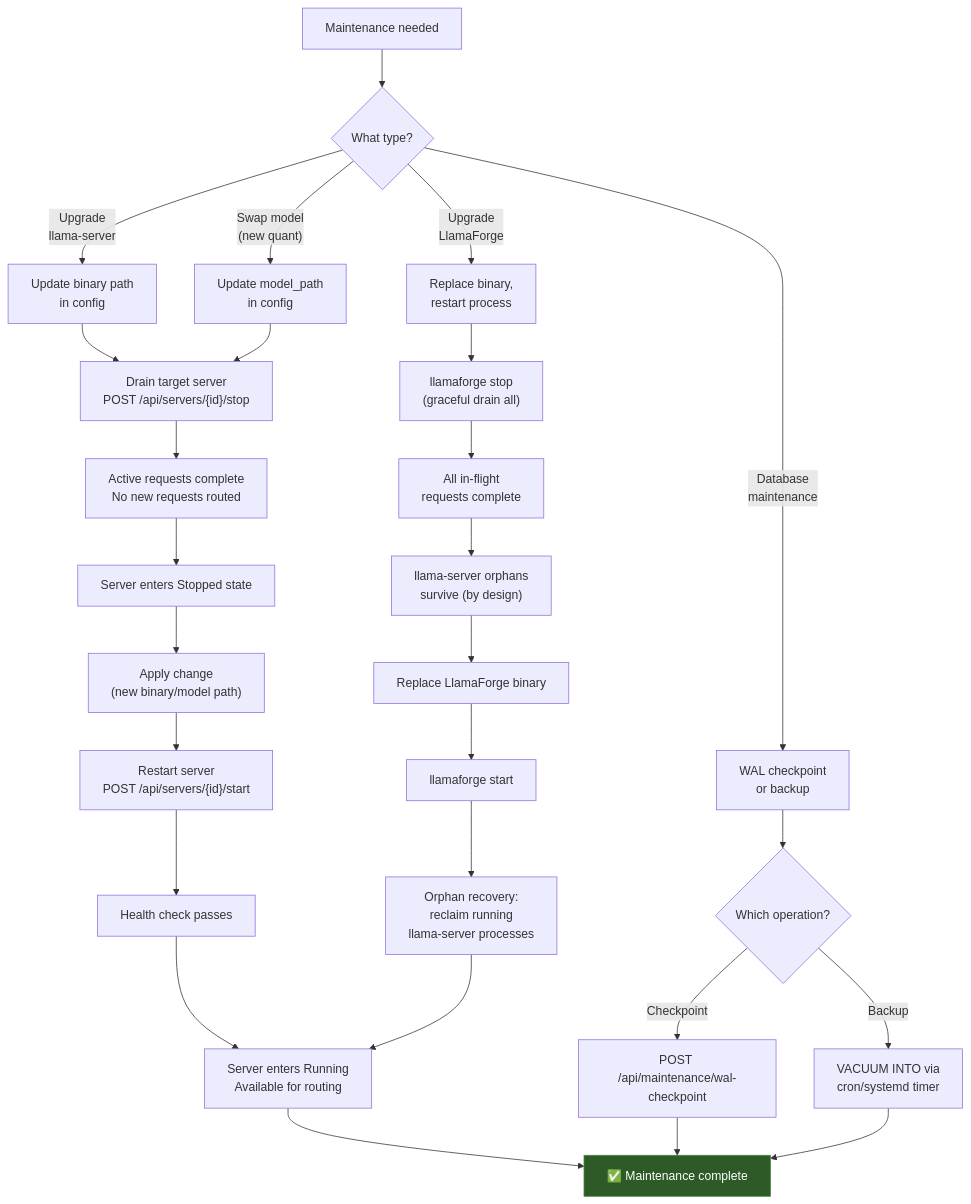
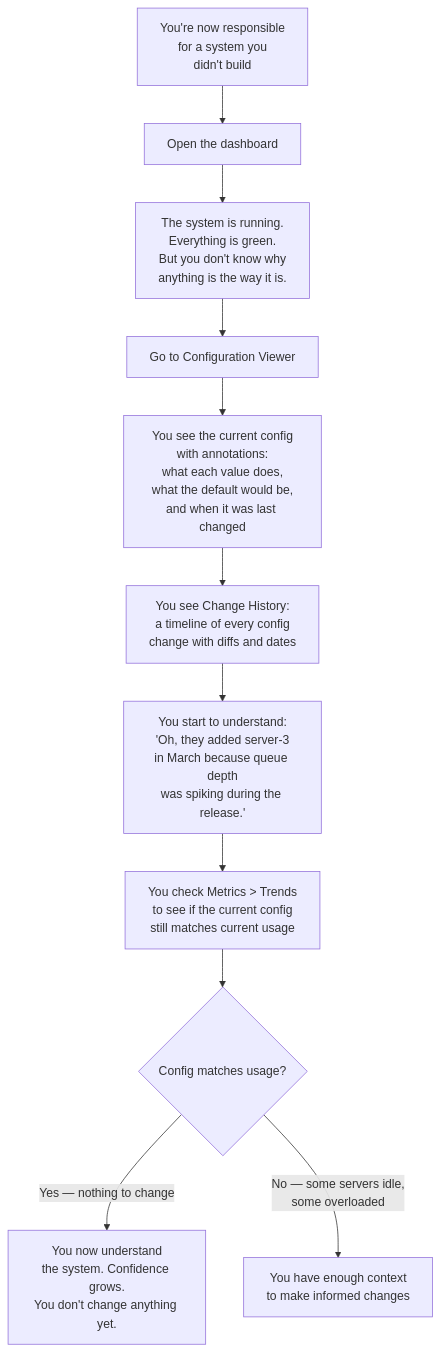
Before and after one commit to Doom325/llama-forge: diagram 14 of 16 in docs/USER_JOURNEYS.md, drawn with Mermaid. The commit also changed other lines of this file, not shown here.

````diff
--- a/docs/USER_JOURNEYS.md
+++ b/docs/USER_JOURNEYS.md
@@ -1073,37 +1040,20 @@
 ```mermaid
 flowchart TD
-    A["Maintenance needed"] --> B{"What type?"}
+    A["You're now responsible<br/>for a system you<br/>didn't build"] --> B["Open the dashboard"]
 
-    B -->|"Upgrade<br/>llama-server"| C["Update binary path<br/>in config"]
-    B -->|"Swap model<br/>(new quant)"| D["Update model_path<br/>in config"]
-    B -->|"Upgrade<br/>LlamaForge"| E["Replace binary,<br/>restart process"]
-    B -->|"Database<br/>maintenance"| F["WAL checkpoint<br/>or backup"]
+    B --> C["The system is running.<br/>Everything is green.<br/>But you don't know why<br/>anything is the way it is."]
 
-    C --> G["Drain target server<br/>POST /api/servers/{id}/stop"]
-    D --> G
+    C --> D["Go to Configuration Viewer"]
 
-    G --> H["Active requests complete<br/>No new requests routed"]
-    H --> I["Server enters Stopped state"]
-    I --> J["Apply change<br/>(new binary/model path)"]
-    J --> K["Restart server<br/>POST /api/servers/{id}/start"]
-    K --> L["Health check passes"]
-    L --> M["Server enters Running<br/>Available for routing"]
+    D --> E["You see the current config<br/>with annotations:<br/>what each value does,<br/>what the default would be,<br/>and when it was last changed"]
 
-    E --> N["llamaforge stop<br/>(graceful drain all)"]
-    N --> O["All in-flight<br/>requests complete"]
-    O --> P["llama-server orphans<br/>survive (by design)"]
-    P --> Q["Replace LlamaForge binary"]
-    Q --> R["llamaforge start"]
-    R --> S["Orphan recovery:<br/>reclaim running<br/>llama-server processes"]
-    S --> M
+    E --> F["You see Change History:<br/>a timeline of every config<br/>change with diffs and dates"]
 
-    F --> T{"Which operation?"}
-    T -->|"Checkpoint"| U["POST /api/maintenance/wal-checkpoint"]
-    T -->|"Backup"| V["VACUUM INTO via<br/>cron/systemd timer"]
+    F --> G["You start to understand:<br/>'Oh, they added server-3<br/>in March because queue depth<br/>was spiking during the release.'"]
 
-    M --> W["✅ Maintenance complete"]
-    U --> W
-    V --> W
+    G --> H["You check Metrics > Trends<br/>to see if the current config<br/>still matches current usage"]
 
-    style W fill:#2d5a27,stroke:#4a8c3f,color:#fff
+    H --> I{"Config matches usage?"}
+    I -->|"Yes — nothing to change"| J["You now understand<br/>the system. Confidence grows.<br/>You don't change anything yet."]
+    I -->|"No — some servers idle,<br/>some overloaded"| K["You have enough context<br/>to make informed changes"]
 ```
````
